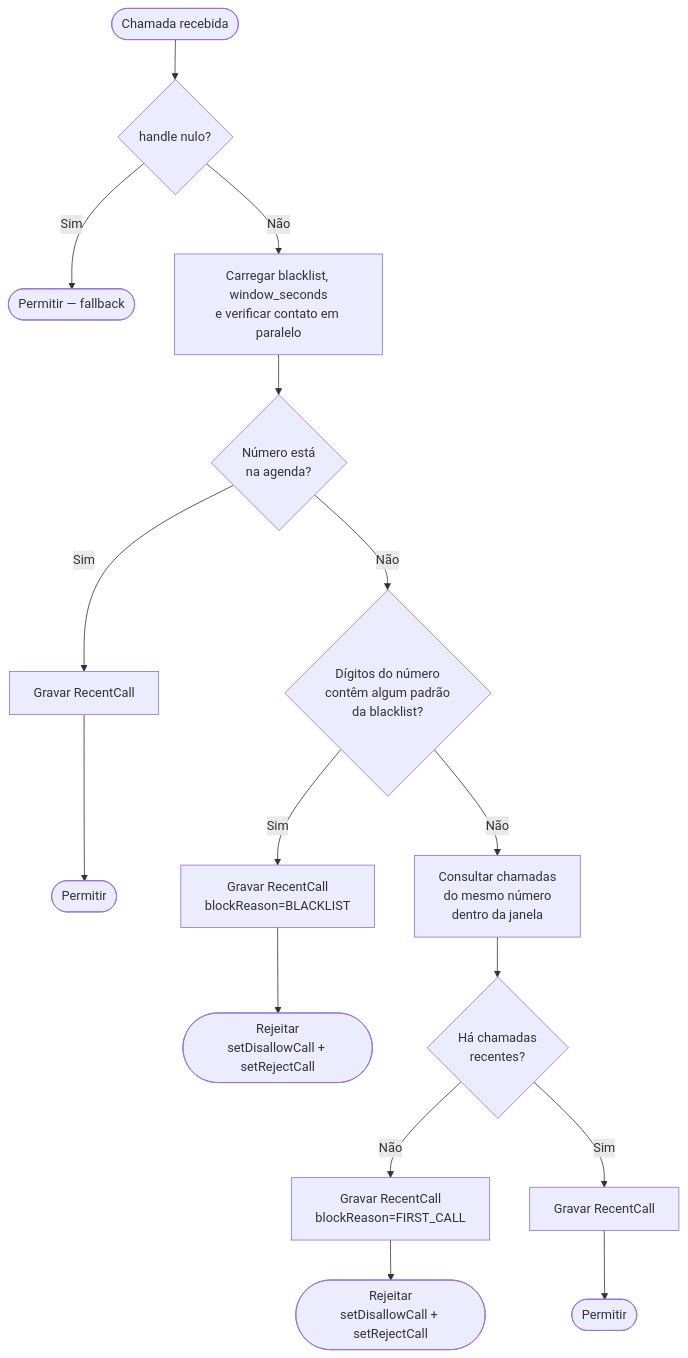
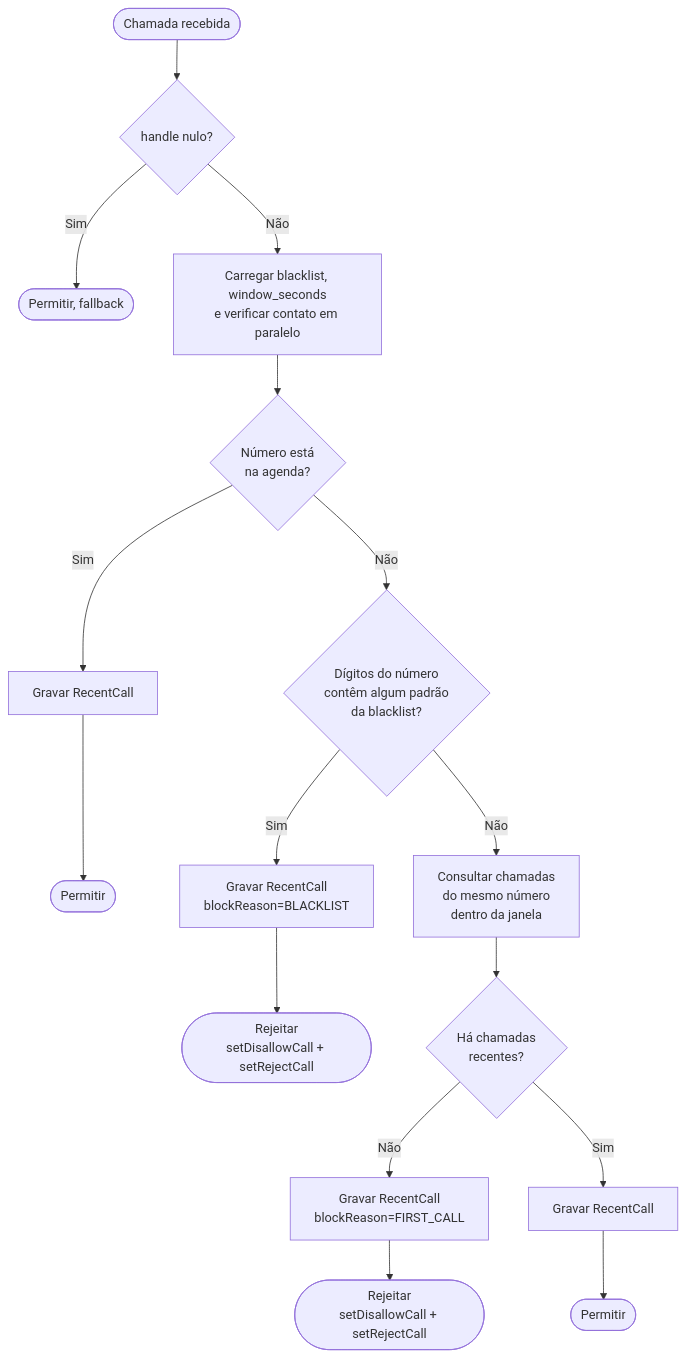
The first of 3 diagrams in ARCHITECTURE.md (acdcmaia/call-guard), drawn with Mermaid before and after one commit. The commit also changed other lines of this file, not shown here.

First line of the commit message:
docs: remover travessões do ARCHITECTURE.md

````diff
--- a/ARCHITECTURE.md
+++ b/ARCHITECTURE.md
@@ -288,18 +288,18 @@
 ```mermaid
 flowchart TD
     A([Chamada recebida]) --> B{handle nulo?}
-    B -- Sim --> Z1([Permitir — fallback])
+    B -- Sim --> Z1([Permitir, fallback])
     B -- Não --> C[Carregar blacklist, window_seconds\ne verificar contato em paralelo]
     C --> CK{Número está\nna agenda?}
     CK -- Sim --> ZC[Gravar RecentCall]
     ZC --> Z5([Permitir])
     CK -- Não --> D{Dígitos do número\ncontêm algum padrão\nda blacklist?}
     D -- Sim --> E[Gravar RecentCall\nblockReason=BLACKLIST]
     E --> Z2([Rejeitar\nsetDisallowCall + setRejectCall])
     D -- Não --> F[Consultar chamadas\ndo mesmo número\ndentro da janela]
     F --> G{Há chamadas\nrecentes?}
     G -- Não --> H[Gravar RecentCall\nblockReason=FIRST_CALL]
     H --> Z3([Rejeitar\nsetDisallowCall + setRejectCall])
     G -- Sim --> I[Gravar RecentCall]
     I --> Z4([Permitir])
 ```
````
